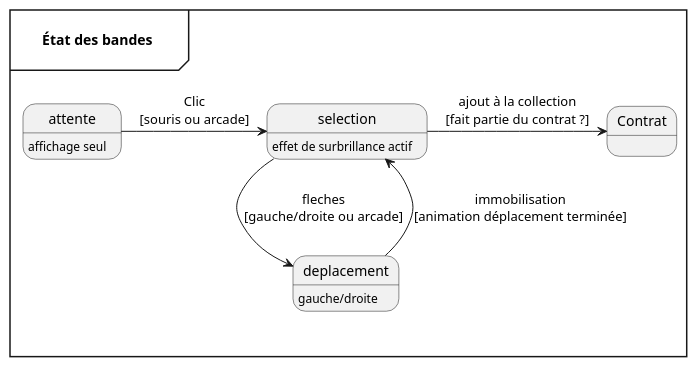
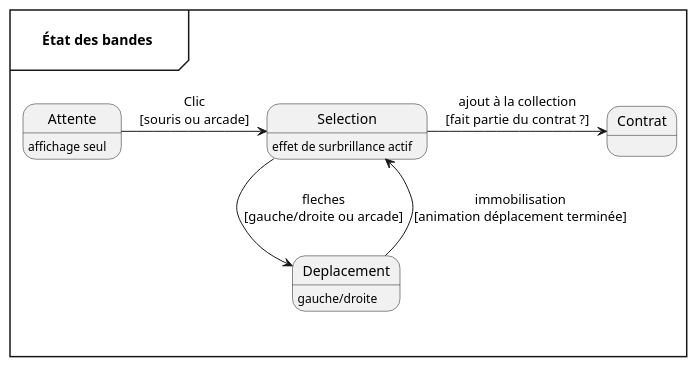
Before and after one commit to MaiveCL/Projet_session_JV: the diagram in docs/uml/puml/BandesStateDiagram.puml, drawn with PlantUML.

Commit message:
test d'affichage plant uml v4, essaie 7b

```diff
--- a/docs/uml/puml/BandesStateDiagram.puml
+++ b/docs/uml/puml/BandesStateDiagram.puml
@@ -1,14 +1,14 @@
 @startuml "État des bandes"
 
 mainframe  \n\t**État des bandes**\t\n
-    state attente : affichage seul
-    state selection : effet de surbrillance actif
-    state deplacement : gauche/droite
+    state Attente : affichage seul
+    state Selection : effet de surbrillance actif
+    state Deplacement : gauche/droite
     state Contrat
 
-    attente -> selection : Clic\n[souris ou arcade]
-    selection -> deplacement : fleches\n[gauche/droite ou arcade]
-    deplacement --> selection :immobilisation\n[animation déplacement terminée]
-    selection -> Contrat :ajout à la collection\n[fait partie du contrat ?]
+    Attente -> Selection : Clic\n[souris ou arcade]
+    Selection -> Deplacement : fleches\n[gauche/droite ou arcade]
+    Deplacement --> Selection :immobilisation\n[animation déplacement terminée]
+    Selection -> Contrat :ajout à la collection\n[fait partie du contrat ?]
 
 @enduml
```
